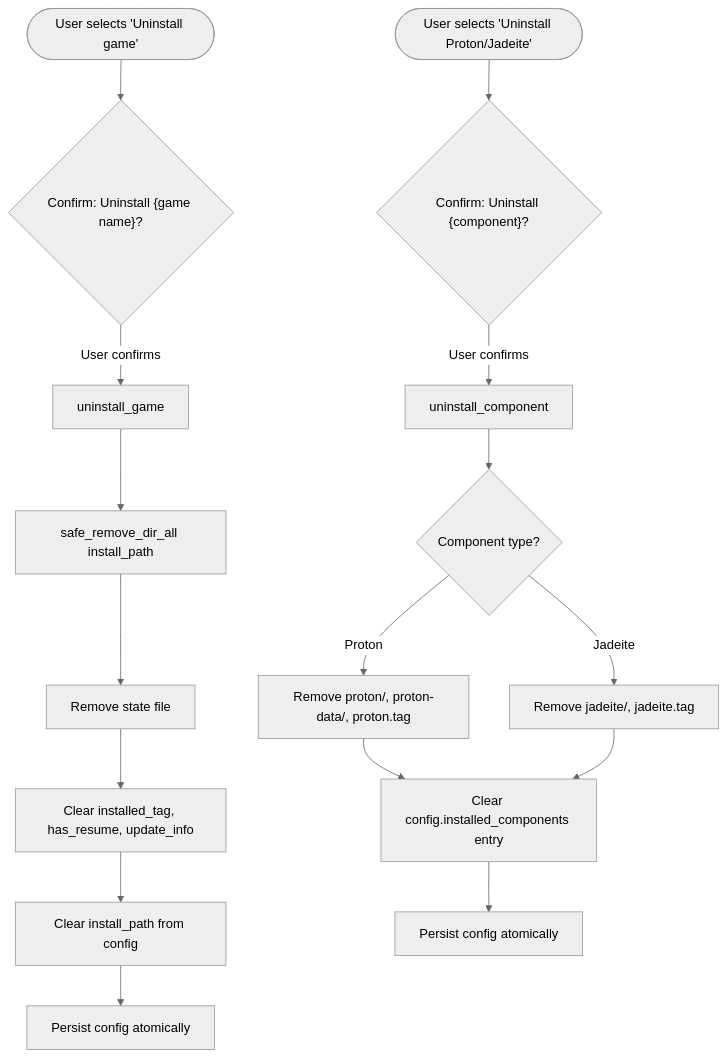
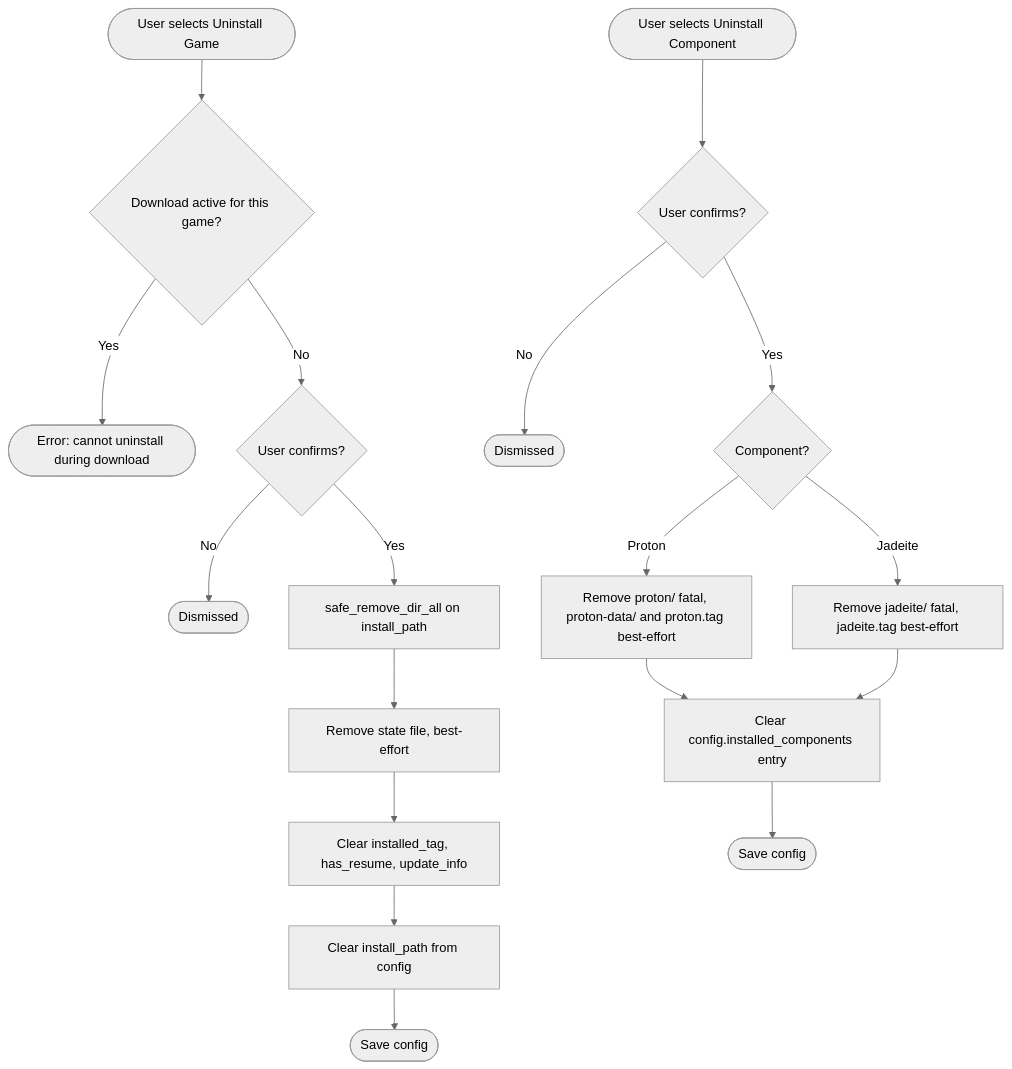
One commit to ChakornK/elysiae-tui changed diagram 17 of 21 in UX.md. Above: the diagram before and after it, drawn with Mermaid (neutral theme). The commit also changed other lines of this file, not shown here.

````diff
--- a/UX.md
+++ b/UX.md
@@ -387,19 +421,21 @@
 ```mermaid
 flowchart TD
-    A1([User selects 'Uninstall game']) --> B1{"Confirm: Uninstall {game name}?"}
-    B1 -->|User confirms| C1[uninstall_game]
-    C1 --> D1[safe_remove_dir_all install_path]
-    D1 --> E1[Remove state file]
-    E1 --> F1[Clear installed_tag, has_resume, update_info]
-    F1 --> G1[Clear install_path from config]
-    G1 --> H1[Persist config atomically]
+    SelectGame([User selects Uninstall Game]) --> Guard{Download active for this game?}
+    Guard -->|Yes| Error([Error: cannot uninstall during download])
+    Guard -->|No| ConfirmG{User confirms?}
+    ConfirmG -->|No| CancelGame([Dismissed])
+    ConfirmG -->|Yes| RemoveDir[safe_remove_dir_all on install_path]
+    RemoveDir --> RemoveState[Remove state file, best-effort]
+    RemoveState --> ClearStatus[Clear installed_tag, has_resume, update_info]
+    ClearStatus --> ClearConfig[Clear install_path from config]
+    ClearConfig --> SaveConfigGame([Save config])
 
-    A2([User selects 'Uninstall Proton/Jadeite']) --> B2{"Confirm: Uninstall {component}?"}
-    B2 -->|User confirms| C2[uninstall_component]
-    C2 --> D2{Component type?}
-    D2 -->|Proton| E2[Remove proton/, proton-data/, proton.tag]
-    D2 -->|Jadeite| F2[Remove jadeite/, jadeite.tag]
-    E2 --> G2[Clear config.installed_components entry]
-    F2 --> G2
-    G2 --> H2[Persist config atomically]
+    SelectComp([User selects Uninstall Component]) --> ConfirmC{User confirms?}
+    ConfirmC -->|No| CancelComp([Dismissed])
+    ConfirmC -->|Yes| WhichComp{Component?}
+    WhichComp -->|Proton| RemoveProton[Remove proton/ fatal, proton-data/ and proton.tag best-effort]
+    WhichComp -->|Jadeite| RemoveJadeite[Remove jadeite/ fatal, jadeite.tag best-effort]
+    RemoveProton --> ClearCompConfig[Clear config.installed_components entry]
+    RemoveJadeite --> ClearCompConfig
+    ClearCompConfig --> SaveConfigComp([Save config])
 ```
````
